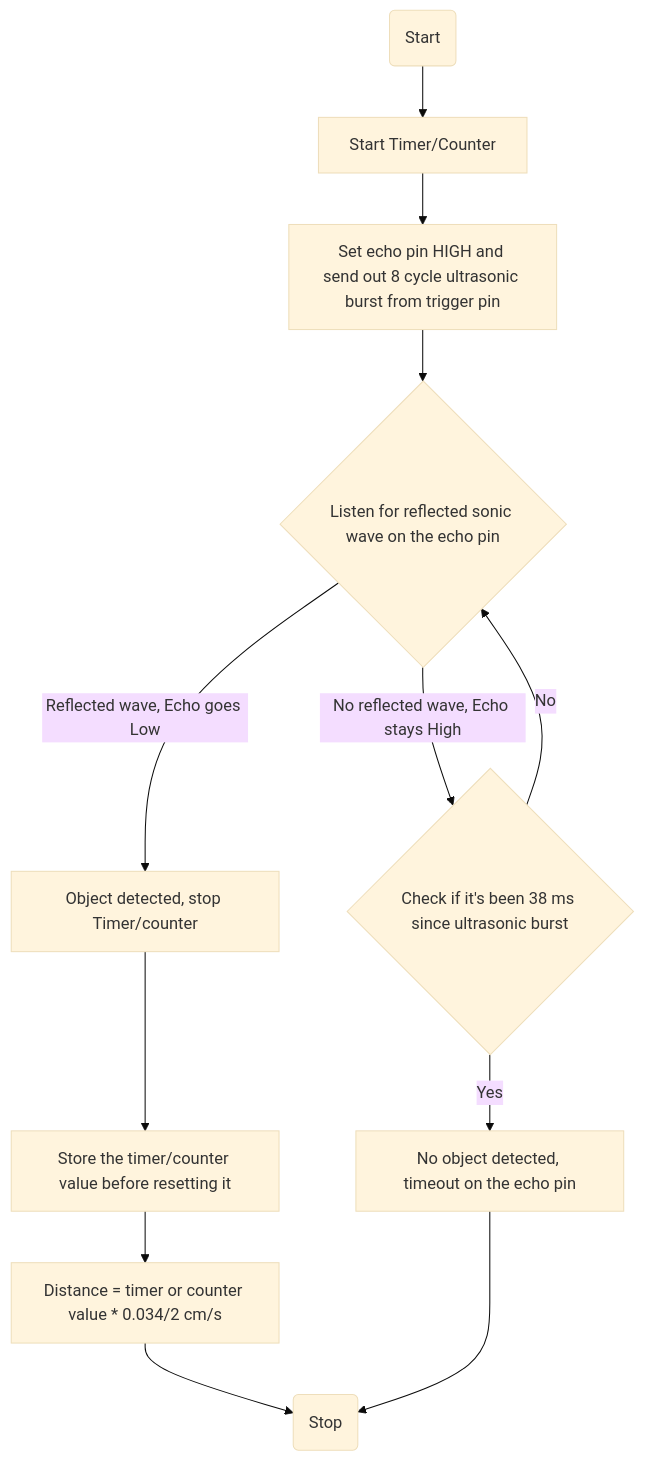
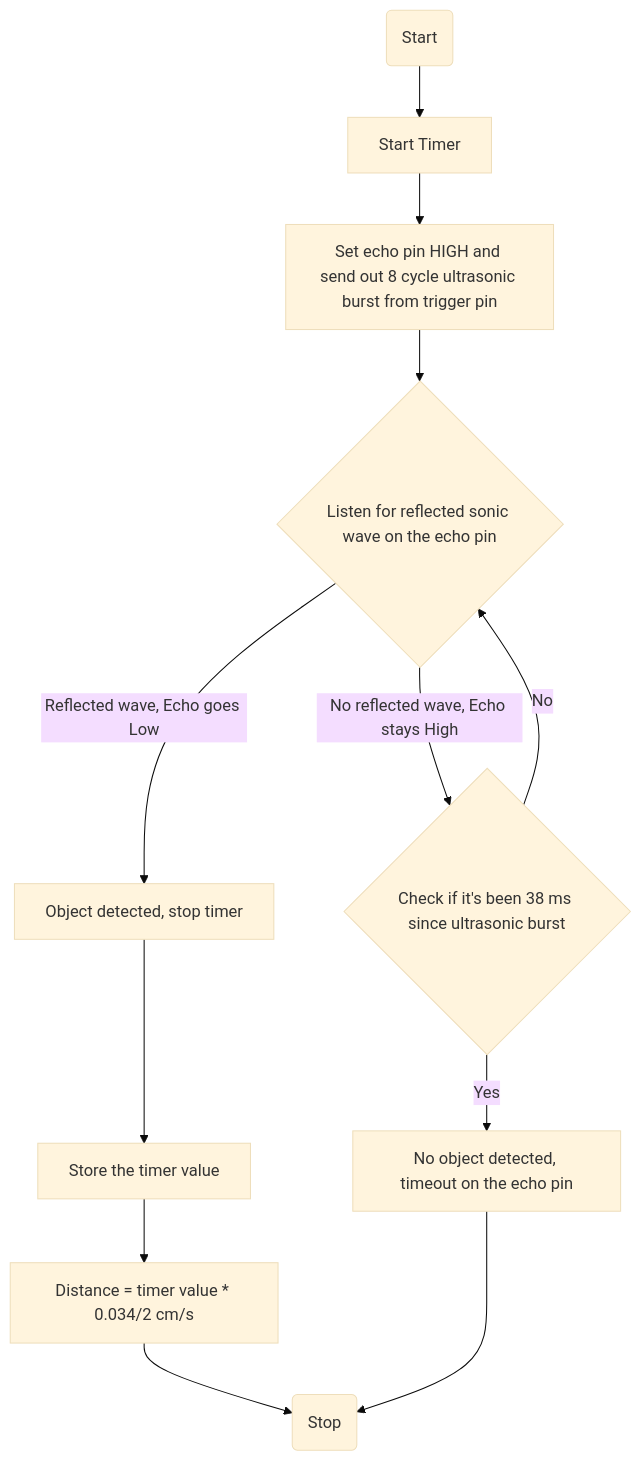
The first of 2 diagrams in README.md (Sahyadri2695/ATMEGA328P-Practice-Drivers), drawn with Mermaid (base theme) before and after one commit. The commit also changed other lines of this file and 1 other file, not shown here.

````diff
--- a/README.md
+++ b/README.md
@@ -42,16 +36,16 @@
 ```mermaid
 graph TD;
 A(Start)
-A --> B[Start Timer/Counter]
+A --> B[Start Timer]
 B --> C[Set echo pin HIGH and send out 8 cycle ultrasonic burst from trigger pin]
 C --> D{Listen for reflected sonic wave on the echo pin}
 Z{Check if it's been 38 ms since ultrasonic burst}
-D --> |Reflected wave, Echo goes Low|E[Object detected, stop Timer/counter]
+D --> |Reflected wave, Echo goes Low|E[Object detected, stop timer]
 D --> |No reflected wave, Echo stays High|Z
 Z --> |No|D
 Z --> |Yes|H[No object detected, timeout on the echo pin]
-E --> F[Store the timer/counter value before resetting it]
-F --> I[Distance = timer or counter value * 0.034/2 cm/s]
+E --> F[Store the timer value]
+F --> I[Distance = timer value * 0.034/2 cm/s]
 I --> Y(Stop)
 H --> Y
 ```
````
